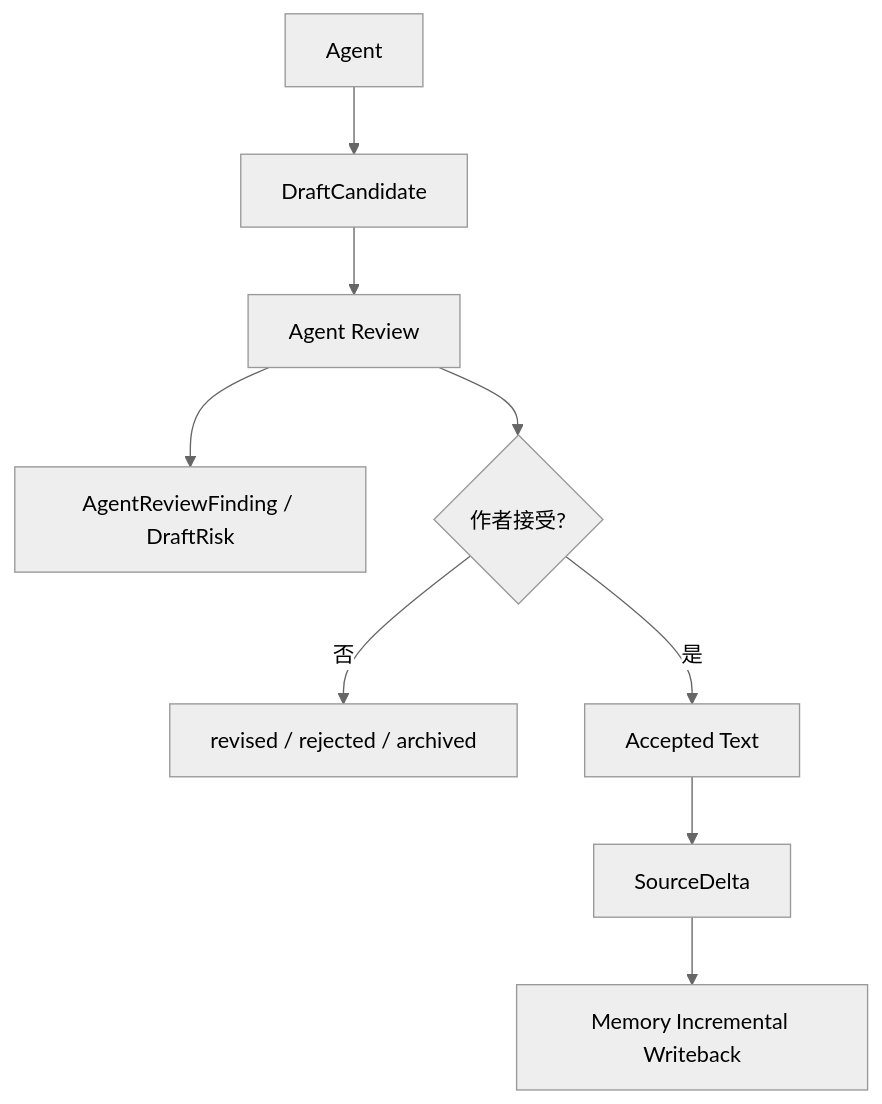
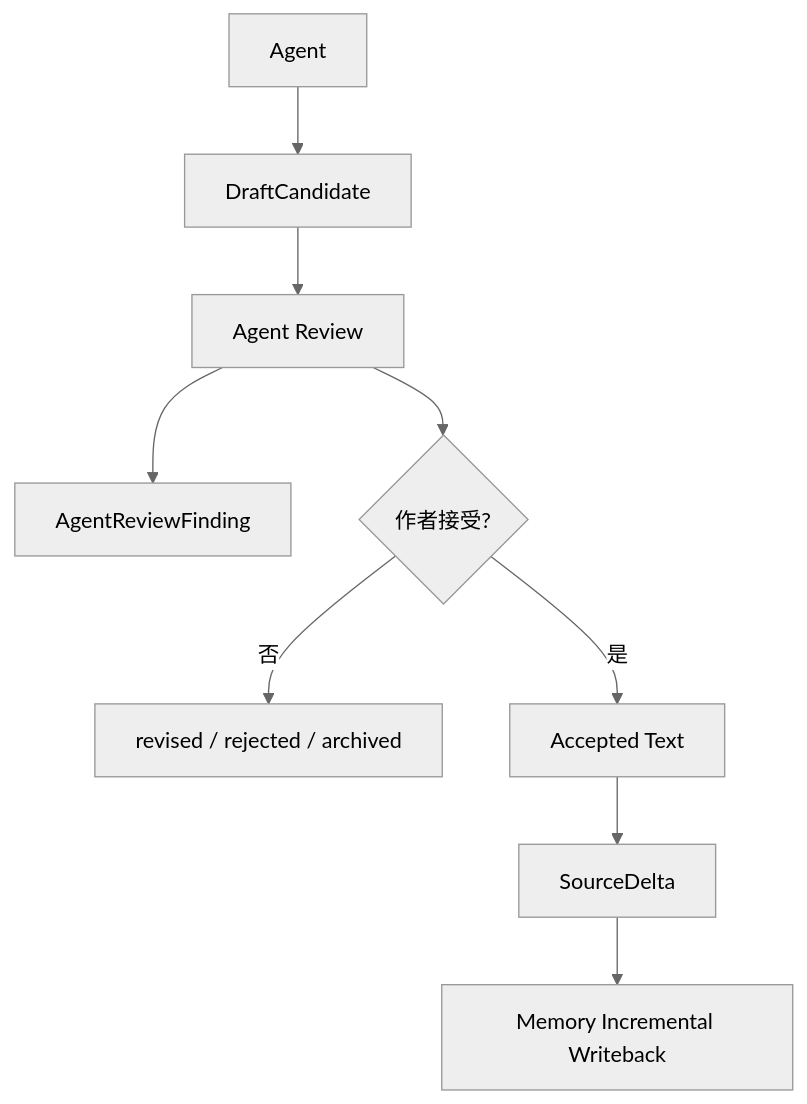
The second of 5 diagrams in goals/24-draft-candidate-lifecycle.md (FrankQDWang/sextantlabs), drawn with Mermaid (neutral theme) before and after one commit. The commit also changed other lines of this file and 13 other files, not shown here.

````diff
--- a/goals/24-draft-candidate-lifecycle.md
+++ b/goals/24-draft-candidate-lifecycle.md
@@ -62,11 +64,11 @@
 ```mermaid
 flowchart TD
     A[Agent] --> B[DraftCandidate]
     B --> C[Agent Review]
-    C --> D[AgentReviewFinding / DraftRisk]
+    C --> D[AgentReviewFinding]
     C --> E{作者接受?}
     E -->|否| F[revised / rejected / archived]
     E -->|是| G[Accepted Text]
     G --> H[SourceDelta]
     H --> I[Memory Incremental Writeback]
 ```
````
